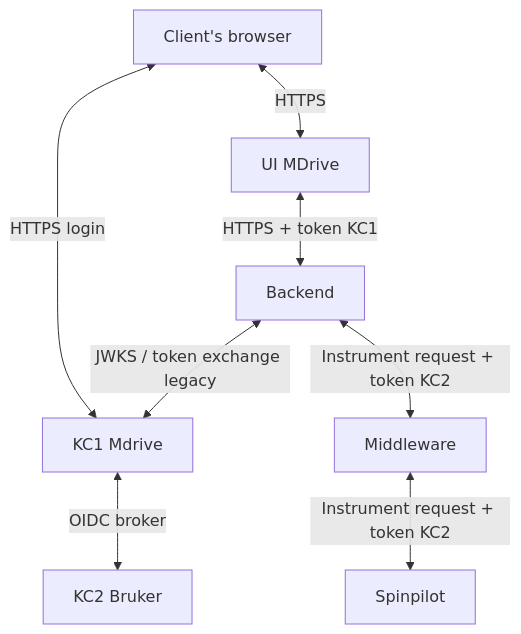
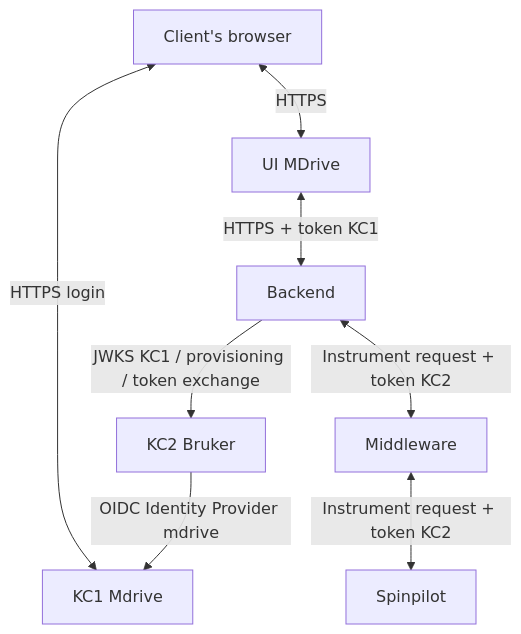
One commit to FRialMestre/git-gitlab.mestrelab.local-f.rial_rodriguez-mdrive2-poc changed the diagram in ANALYSIS-ENTORNO-REAL.md. Above: the diagram before and after it, drawn with Mermaid. The commit also changed other lines of this file and 9 other files, not shown here.

````diff
--- a/ANALYSIS-ENTORNO-REAL.md
+++ b/ANALYSIS-ENTORNO-REAL.md
@@ -9,18 +9,18 @@
 ```mermaid
 flowchart TB
     U[Client's browser]
     UI[UI MDrive]
     KC1[KC1 Mdrive]
     B[Backend]
     KC2[KC2 Bruker]
     MW[Middleware]
     SP[Spinpilot]
 
     U <-->|HTTPS| UI
     U <-->|HTTPS login| KC1
     UI <-->|HTTPS + token KC1| B
-    B <-->|JWKS / token exchange legacy| KC1
-    KC1 <-->|OIDC broker| KC2
+    B -->|JWKS KC1 / provisioning / token exchange| KC2
+    KC2 -->|OIDC Identity Provider mdrive| KC1
     B <-->|Instrument request + token KC2| MW
     MW <-->|Instrument request + token KC2| SP
 ```
````
